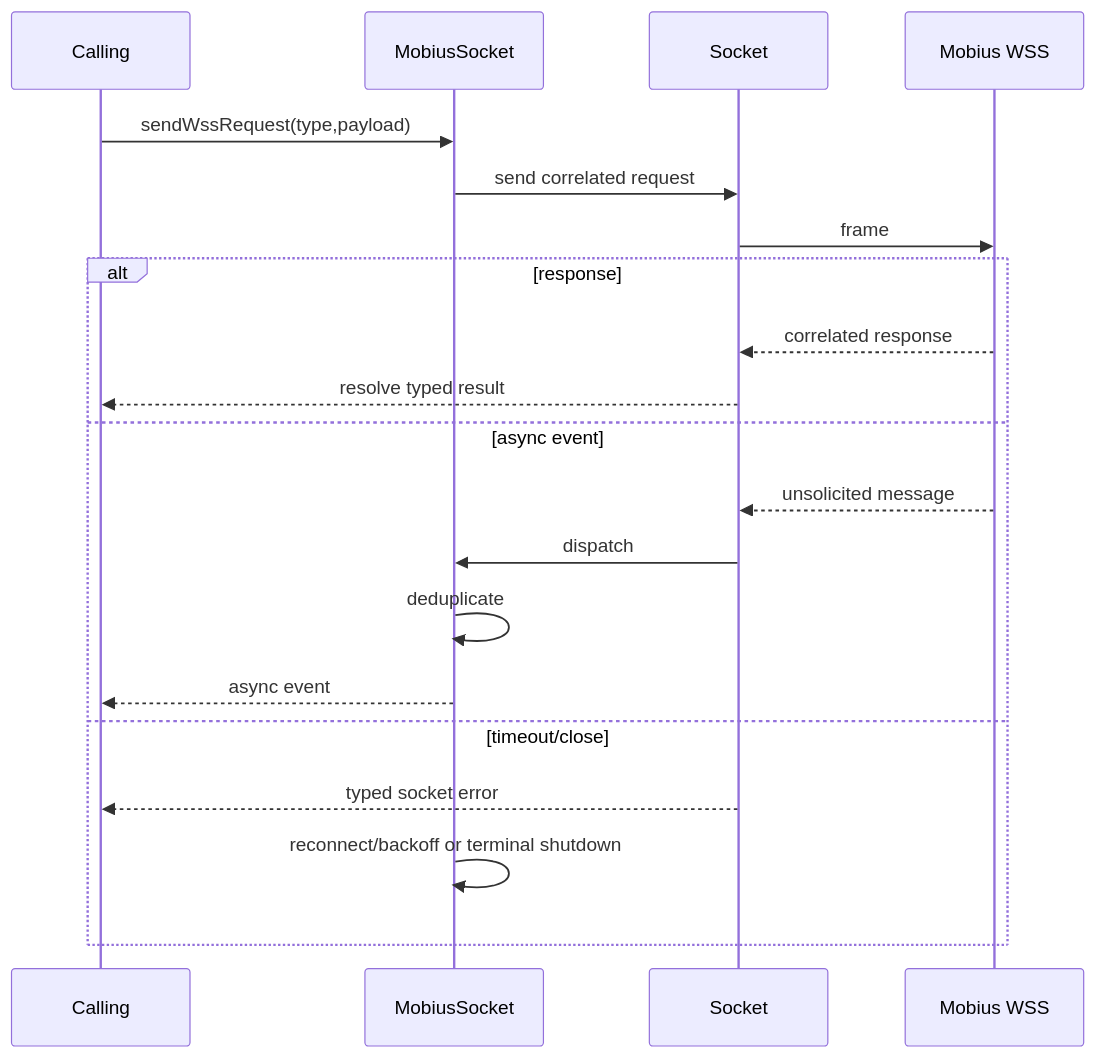
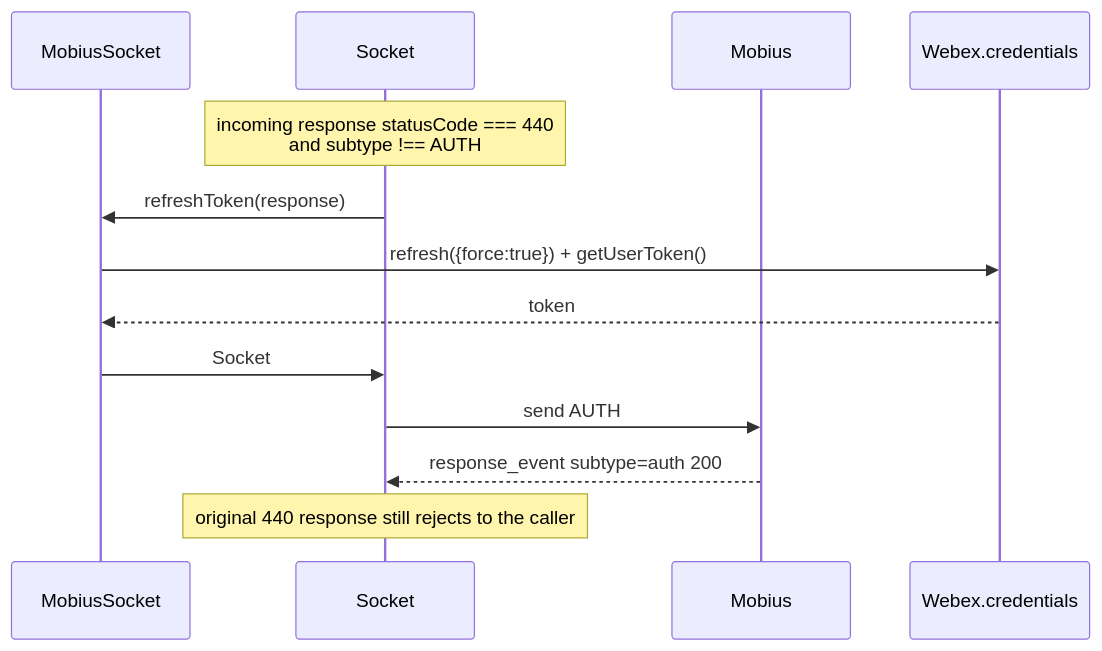
Before and after one commit to webex/webex-js-sdk: diagram 11 of 15 in packages/calling/src/mobius-socket/ai-docs/mobius-socket-spec.md, drawn with Mermaid. The commit also changed other lines of this file and 59 other files, not shown here.

````diff
--- a/packages/calling/src/mobius-socket/ai-docs/mobius-socket-spec.md
+++ b/packages/calling/src/mobius-socket/ai-docs/mobius-socket-spec.md
@@ -81,22 +728,16 @@
 ```mermaid
 sequenceDiagram
- participant C as Calling
- participant M as MobiusSocket
- participant S as Socket
- participant W as Mobius WSS
- C->>M: sendWssRequest(type,payload)
- M->>S: send correlated request
- S->>W: frame
- alt response
-  W-->>S: correlated response
-  S-->>C: resolve typed result
- else async event
-  W-->>S: unsolicited message
-  S->>M: dispatch
-  M->>M: deduplicate
-  M-->>C: async event
- else timeout/close
-  S-->>C: typed socket error
-  M->>M: reconnect/backoff or terminal shutdown
- end
+    participant MS as MobiusSocket
+    participant S as Socket
+    participant Mob as Mobius
+    participant W as Webex.credentials
+
+    Note over S: incoming response statusCode === 440<br/>and subtype !== AUTH
+    S->>MS: refreshToken(response)
+    MS->>W: refresh({force:true}) + getUserToken()
+    W-->>MS: token
+    MS->>S: Socket#refresh(token) → AUTH
+    S->>Mob: send AUTH
+    Mob-->>S: response_event subtype=auth 200
+    Note over S: original 440 response still rejects to the caller
 ```
````
